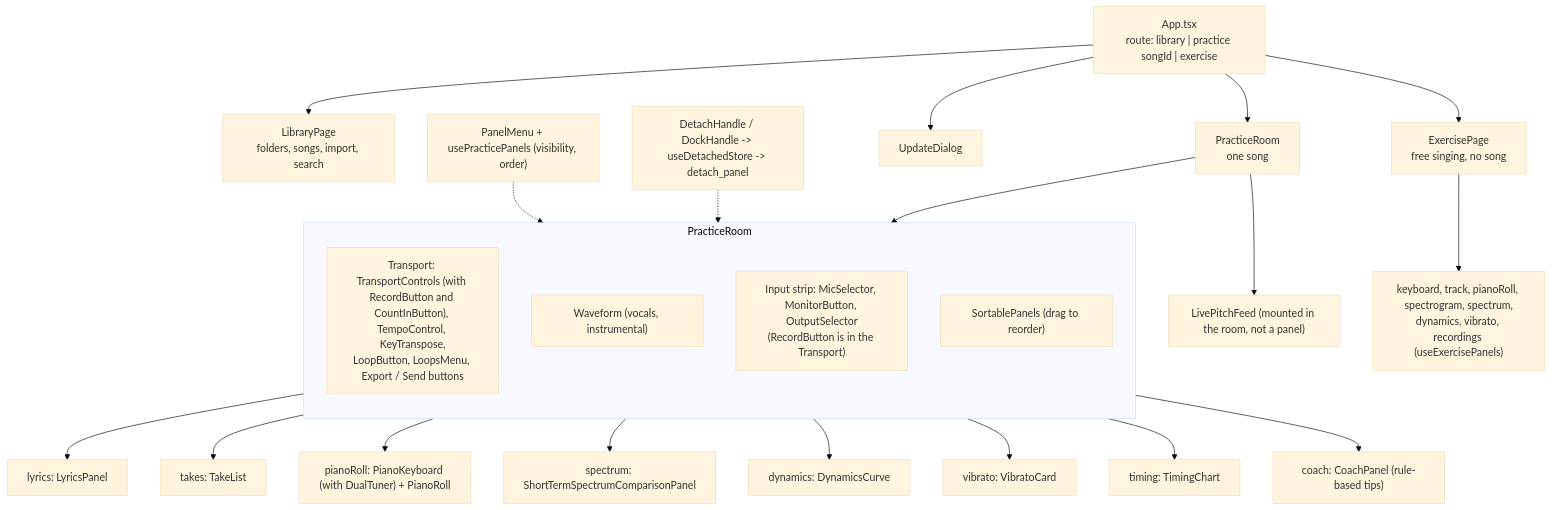
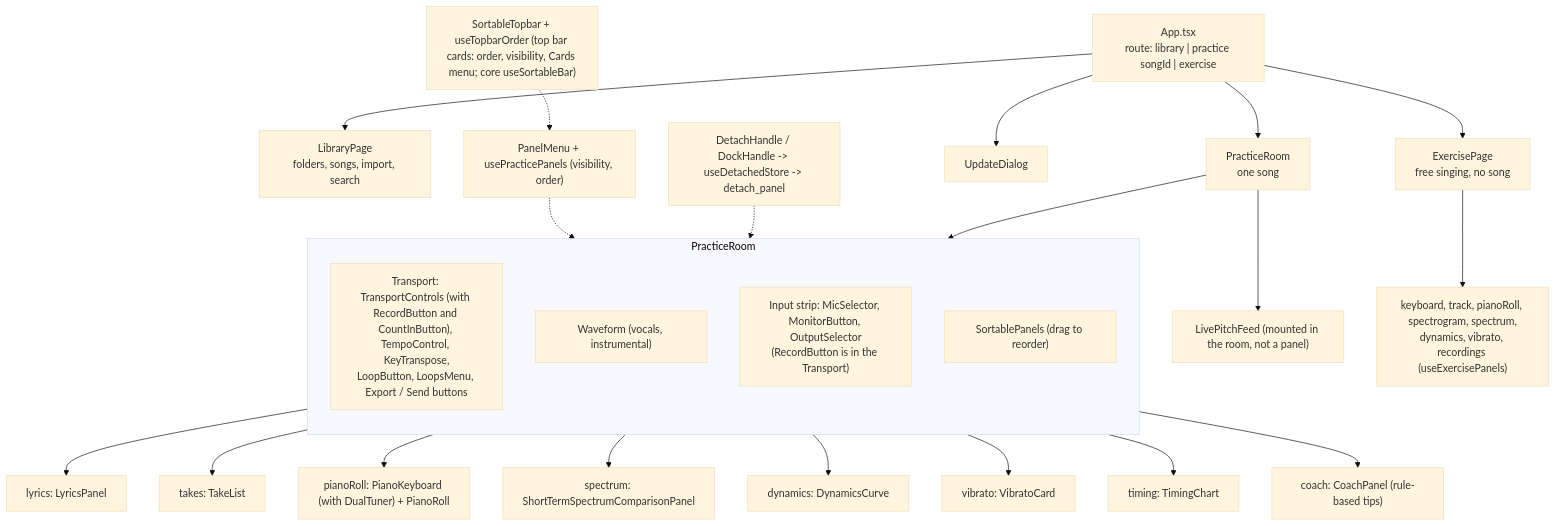
One commit to giamat90/vps changed the second of 13 diagrams in wiki/uml.md. Above: the diagram before and after it, drawn with Mermaid (base theme). The commit also changed 18 other files, not shown here.

First line of the commit message:
feat: top bar as movable cards (port from SPS)

````diff
--- a/wiki/uml.md
+++ b/wiki/uml.md
@@ -70,32 +70,34 @@
 ```mermaid
 flowchart TB
     APP["App.tsx<br/>route: library | practice songId | exercise"]
     APP --> LP["LibraryPage<br/>folders, songs, import, search"]
     APP --> PR["PracticeRoom<br/>one song"]
     APP --> EP["ExercisePage<br/>free singing, no song"]
     APP --> UD["UpdateDialog"]
 
     subgraph pr["PracticeRoom"]
         direction TB
         TOP["Transport: TransportControls (with RecordButton and CountInButton), TempoControl, KeyTranspose,<br/>LoopButton, LoopsMenu, Export / Send buttons"]
         WF["Waveform (vocals, instrumental)"]
         REC["Input strip: MicSelector, MonitorButton, OutputSelector<br/>(RecordButton is in the Transport)"]
         SP["SortablePanels (drag to reorder)"]
     end
     PR --> pr
     PR --> LPFC["LivePitchFeed (mounted in the room, not a panel)"]
     SP --> P1["lyrics: LyricsPanel"]
     SP --> P2["takes: TakeList"]
     SP --> P3["pianoRoll: PianoKeyboard (with DualTuner) + PianoRoll"]
     SP --> P4["spectrum: ShortTermSpectrumComparisonPanel"]
     SP --> P5["dynamics: DynamicsCurve"]
     SP --> P6["vibrato: VibratoCard"]
     SP --> P7["timing: TimingChart"]
     SP --> P8["coach: CoachPanel (rule-based tips)"]
 
     PM["PanelMenu + usePracticePanels (visibility, order)"]
+    TB["SortableTopbar + useTopbarOrder (top bar cards: order, visibility, Cards menu; core useSortableBar)"]
+    TB -.-> PM
     DH["DetachHandle / DockHandle -> useDetachedStore -> detach_panel"]
     PM -.-> SP
     DH -.-> SP
     EP --> E1["keyboard, track, pianoRoll, spectrogram, spectrum,<br/>dynamics, vibrato, recordings (useExercisePanels)"]
 ```
````
